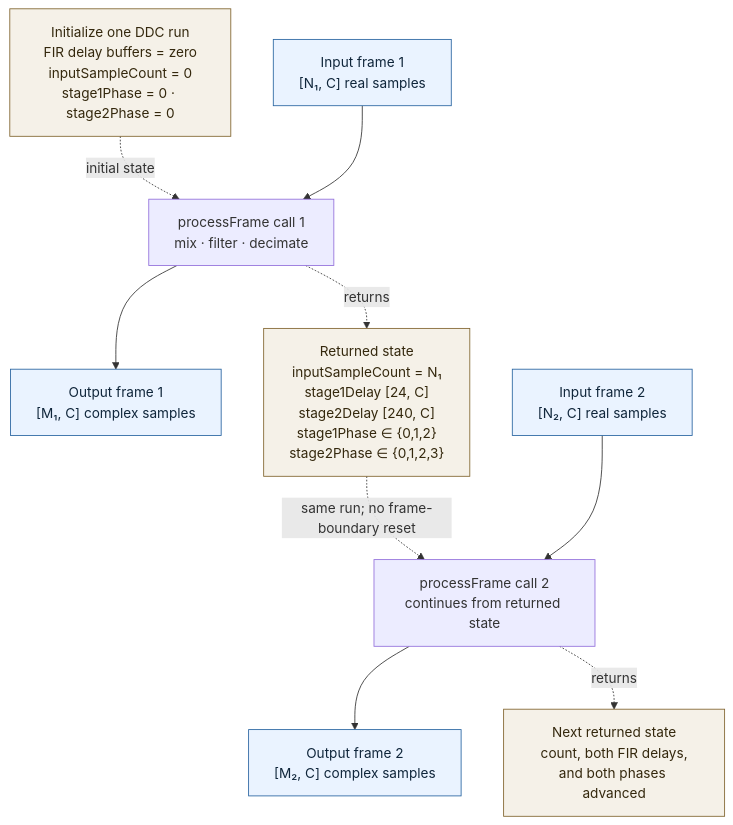
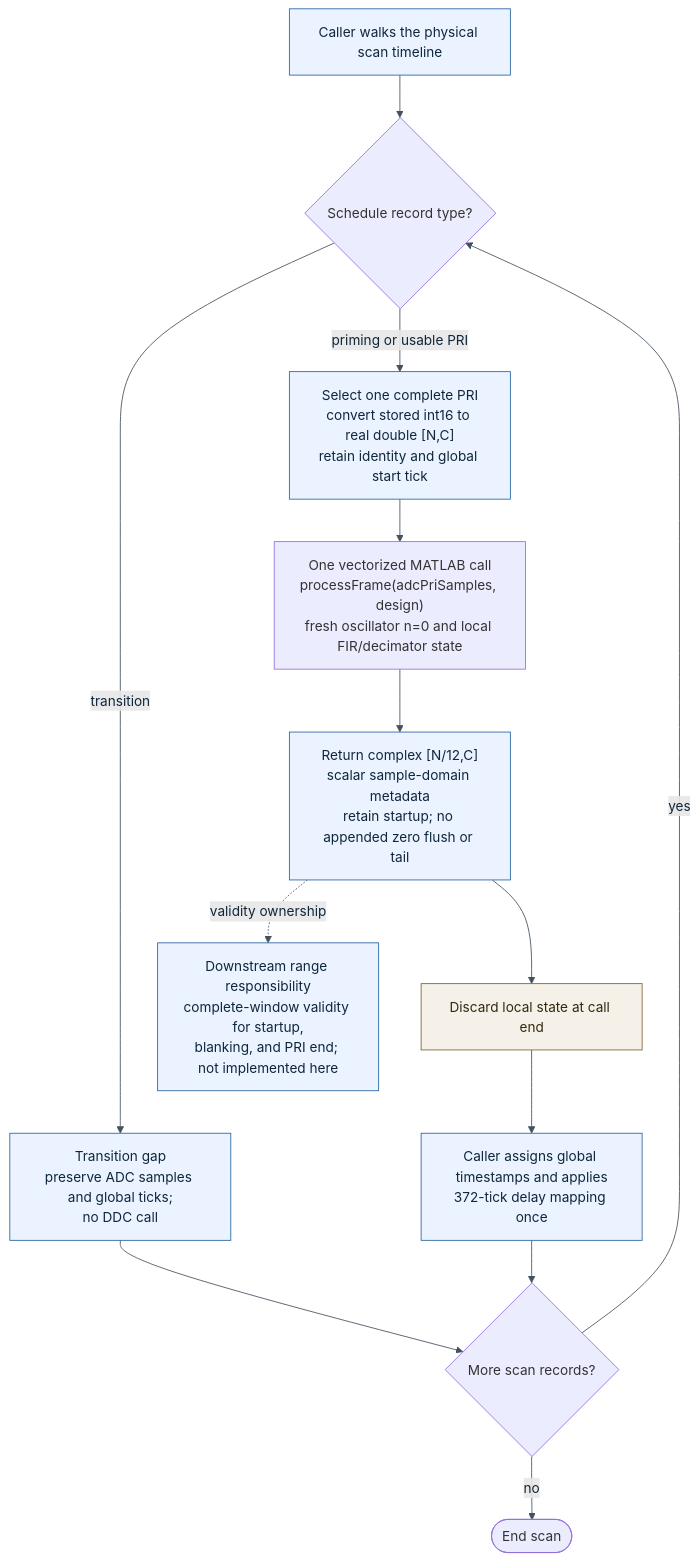
The diagram in docs/examples/assets/ddc-algorithm-state.mmd (JulioLeonPhd/ai-mbd-pilot-project), drawn with Mermaid before and after one commit. The commit also changed 36 other files, not shown here.

First line of the commit message:
Changed: implement independent per-PRI DDC processing

```diff
--- a/docs/examples/assets/ddc-algorithm-state.mmd
+++ b/docs/examples/assets/ddc-algorithm-state.mmd
@@ -1,22 +1,25 @@
 flowchart TB
-    init["Initialize one DDC run<br/>FIR delay buffers = zero<br/>inputSampleCount = 0<br/>stage1Phase = 0 · stage2Phase = 0"]
-    chunk1["Input frame 1<br/>[N₁, C] real samples"]
-    call1["processFrame call 1<br/>mix · filter · decimate"]
-    output1["Output frame 1<br/>[M₁, C] complex samples"]
-    state1["Returned state<br/>inputSampleCount = N₁<br/>stage1Delay [24, C]<br/>stage2Delay [240, C]<br/>stage1Phase ∈ {0,1,2}<br/>stage2Phase ∈ {0,1,2,3}"]
-    chunk2["Input frame 2<br/>[N₂, C] real samples"]
-    call2["processFrame call 2<br/>continues from returned state"]
-    output2["Output frame 2<br/>[M₂, C] complex samples"]
-    nextState["Next returned state<br/>count, both FIR delays,<br/>and both phases advanced"]
+    scan["Caller walks the physical scan timeline"]
+    select{"Schedule record type?"}
+    gap["Transition gap<br/>preserve ADC samples and global ticks;<br/>no DDC call"]
+    prepare["Select one complete PRI<br/>convert stored int16 to real double [N,C]<br/>retain identity and global start tick"]
+    ddc["One vectorized MATLAB call<br/>processFrame(adcPriSamples, design)<br/>fresh oscillator n=0 and local FIR/decimator state"]
+    out["Return complex [N/12,C]<br/>scalar sample-domain metadata<br/>retain startup; no appended zero flush or tail"]
+    discard["Discard local state at call end"]
+    timing["Caller assigns global timestamps and applies<br/>372-tick delay mapping once"]
+    validity["Downstream range responsibility<br/>complete-window validity for startup,<br/>blanking, and PRI end; not implemented here"]
+    more{"More scan records?"}
+    finish([End scan])
 
-    init -. "initial state" .-> call1
-    chunk1 --> call1 --> output1
-    call1 -. "returns" .-> state1
-    state1 -. "same run; no frame-boundary reset" .-> call2
-    chunk2 --> call2 --> output2
-    call2 -. "returns" .-> nextState
+    scan --> select
+    select -- "transition" --> gap --> more
+    select -- "priming or usable PRI" --> prepare --> ddc --> out --> discard --> timing --> more
+    out -. "validity ownership" .-> validity
+    more -- "yes" --> select
+    more -- "no" --> finish
 
     classDef data fill:#eaf3ff,stroke:#2864a0,color:#10263b
     classDef state fill:#f5f1e8,stroke:#80642e,color:#34280d
-    class chunk1,chunk2,output1,output2 data
-    class init,state1,nextState state
+    class scan,gap,prepare,out,timing,validity data
+    class discard state
+    linkStyle default stroke:#43515e,color:#10263b
```
